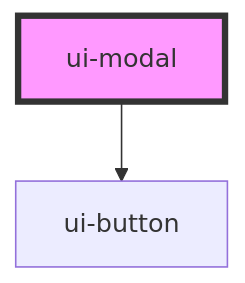
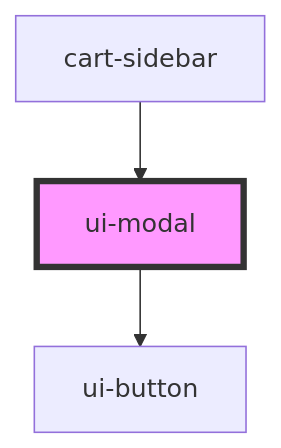
One commit to ankitghanekar-hcl/ui-shared-web-components changed the diagram in src/components/ui-modal/readme.md. Above: the diagram before and after it, drawn with Mermaid. The commit also changed other lines of this file and 18 other files, not shown here.

````diff
--- a/src/components/ui-modal/readme.md
+++ b/src/components/ui-modal/readme.md
@@ -37,5 +41,6 @@
 ```mermaid
 graph TD;
   ui-modal --> ui-button
+  cart-sidebar --> ui-modal
   style ui-modal fill:#f9f,stroke:#333,stroke-width:4px
 ```
````
